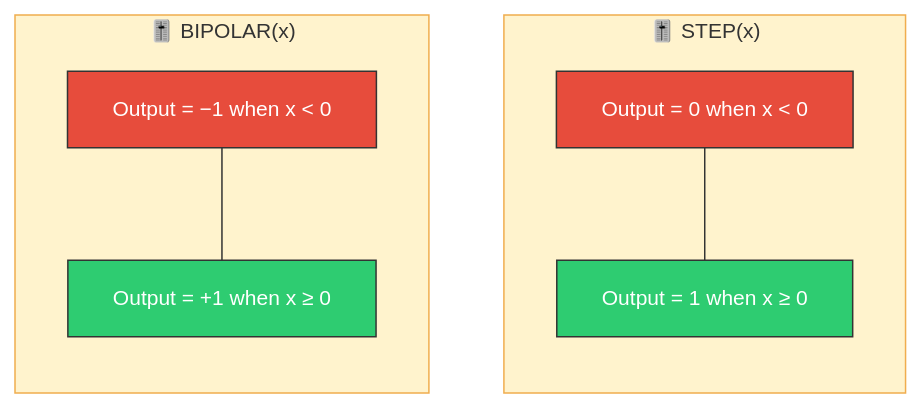
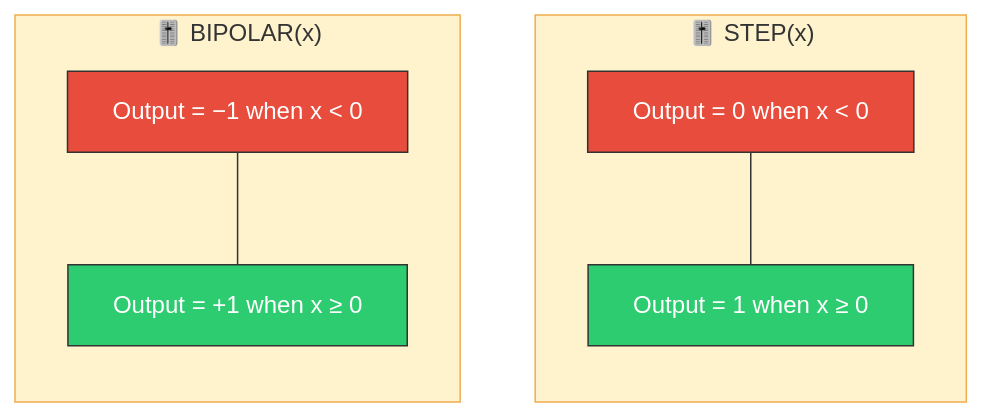
One commit to stSoftwareAU/NEAT-AI-Discovery changed the seventh of 13 diagrams in docs/IMPACT_CALCULATION.md. Above: the diagram before and after it, drawn with Mermaid. The commit also changed 2 other files, not shown here.

Commit message:
Fix Mermaid frontmatter breaking validator in two docs (Issue #1379)
Both diagrams opened their mermaid block with a YAML frontmatter
section, which the Mermaid validator misreads as the diagram type
("Unknown Mermaid diagram type: ---").

- IMPACT_CALCULATION.md: drop cosmetic fontSize frontmatter; block now
  opens with "graph TD".
- discoveries/monotonicity.md: move the title into the xychart-beta body
  via the inline "title" directive; block now opens with "xychart-beta".

Vibe-Coder-Run-Id: vibe-mqf1tvpw-f4bf71

````diff
--- a/docs/IMPACT_CALCULATION.md
+++ b/docs/IMPACT_CALCULATION.md
@@ -157,26 +157,21 @@
 ```mermaid
----
-config:
-  themeVariables:
-    fontSize: 14px
----
 graph TD
     subgraph STEP["🎚️ STEP(x)"]
         direction TB
         S1["Output = 0 when x &lt; 0"]
         S2["Output = 1 when x ≥ 0"]
         S1 --- S2
     end
     subgraph BIPOLAR["🎚️ BIPOLAR(x)"]
         direction TB
         B1["Output = −1 when x &lt; 0"]
         B2["Output = +1 when x ≥ 0"]
         B1 --- B2
     end
     style STEP fill:#fff3cd,stroke:#f0ad4e,color:#333
     style BIPOLAR fill:#fff3cd,stroke:#f0ad4e,color:#333
     style S1 fill:#e74c3c,stroke:#333,color:#fff
     style S2 fill:#2ecc71,stroke:#333,color:#fff
     style B1 fill:#e74c3c,stroke:#333,color:#fff
     style B2 fill:#2ecc71,stroke:#333,color:#fff
 ```
````
